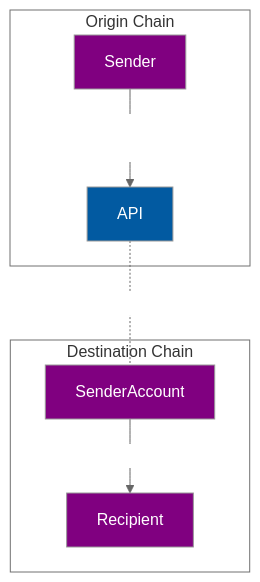
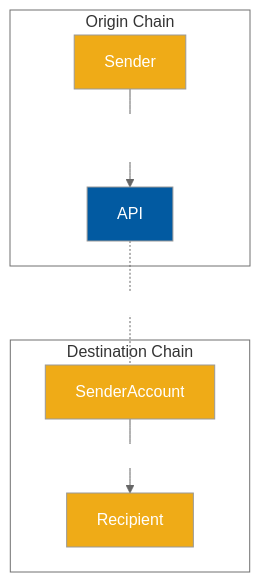
Before and after one commit to hyperlane-xyz/v2-docs: the diagram in diagrams/accounts-simple.md, drawn with Mermaid. The commit also changed 9 other files, not shown here.

````diff
--- a/diagrams/accounts-simple.md
+++ b/diagrams/accounts-simple.md
@@ -1,33 +1,33 @@
 ```mermaid
 %%{ init: {
   "theme": "neutral",
   "themeVariables": {
     "mainBkg": "#025AA1",
     "textColor": "white",
     "clusterBkg": "white"
   },
   "themeCSS": ".edgeLabel { color: black }"
 }}%%
 
 flowchart TB
     subgraph Origin Chain
       Sender
       A_O[API]
     end
 
     subgraph Destination Chain
       SenderAccount
       Recipient
     end
 
     Sender -- "dispatch(destination, recipient, call)" --> A_O
     A_O -. "relay" .- SenderAccount
     SenderAccount -- "call(data)" --> Recipient
 
     click A_O https://github.com/hyperlane-xyz/hyperlane-monorepo/blob/main/solidity/contracts/middleware/InterchainAccountRouter.sol
     click A_D https://github.com/hyperlane-xyz/hyperlane-monorepo/blob/main/solidity/contracts/middleware/InterchainAccountRouter.sol
 
-    style Sender fill:purple
-    style SenderAccount fill:purple
-    style Recipient fill:purple
+    style Sender fill:#efab17
+    style SenderAccount fill:#efab17
+    style Recipient fill:#efab17
 ```
````
